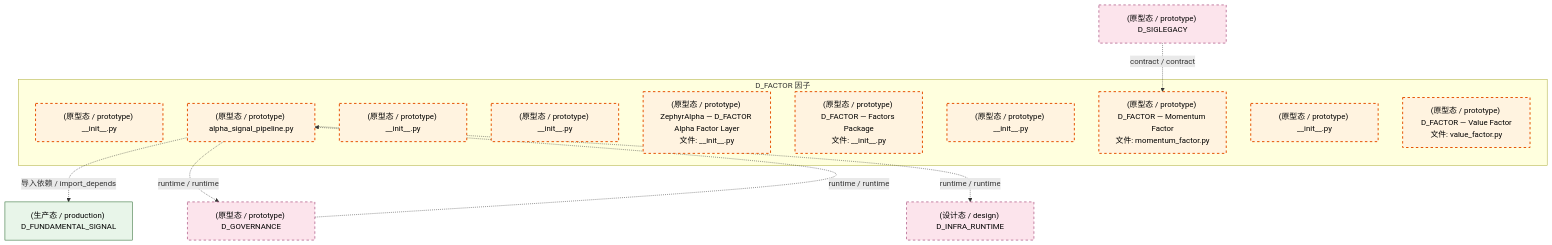
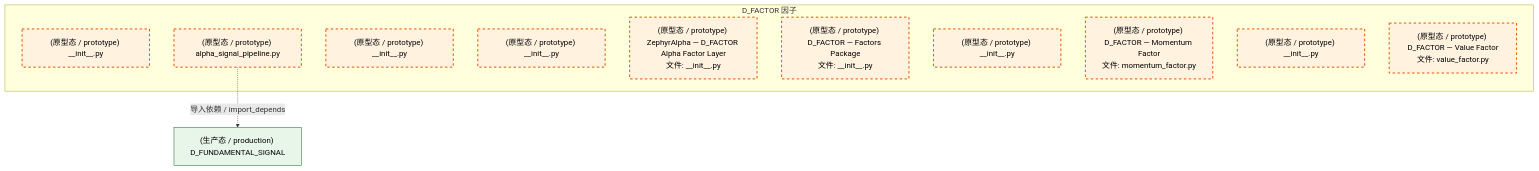
The third of 4 diagrams in docs/02_enterprise_architecture/02_domain_architecture_docs/36_d_factor.md (xuanFelixVan/ZephyrAlpha), drawn with Mermaid before and after one commit. The commit also changed other lines of this file and 126 other files, not shown here.

````diff
--- a/docs/02_enterprise_architecture/02_domain_architecture_docs/36_d_factor.md
+++ b/docs/02_enterprise_architecture/02_domain_architecture_docs/36_d_factor.md
@@ -159,31 +152,23 @@
 ```mermaid
 graph TD
     subgraph D_FACTOR["D_FACTOR 因子"]
         src_zephyr_factor_extensions_init_py["(原型态 / prototype) __init__.py"]
         src_zephyr_factor_alpha_signal_pipeline_py["(原型态 / prototype) alpha_signal_pipeline.py"]
         src_zephyr_factor_api_init_py["(原型态 / prototype) __init__.py"]
         src_zephyr_factor_core_init_py["(原型态 / prototype) __init__.py"]
         src_zephyr_factor_ctr_001_consumer_init_py["(原型态 / prototype) ZephyrAlpha — D_FACTOR Alpha Factor Layer<br/>文件: __init__.py"]
         src_zephyr_factor_engine_init_py["(原型态 / prototype) D_FACTOR — Factors Package<br/>文件: __init__.py"]
         src_zephyr_factor_infrastructure_init_py["(原型态 / prototype) __init__.py"]
         src_zephyr_factor_momentum_factor_py["(原型态 / prototype) D_FACTOR — Momentum Factor<br/>文件: momentum_factor.py"]
         src_zephyr_factor_services_init_py["(原型态 / prototype) __init__.py"]
         src_zephyr_factor_value_factor_py["(原型态 / prototype) D_FACTOR — Value Factor<br/>文件: value_factor.py"]
     end
     D_FUNDAMENTAL_SIGNAL["(生产态 / production) D_FUNDAMENTAL_SIGNAL"]
     src_zephyr_factor_alpha_signal_pipeline_py -.->|导入依赖 / import_depends| D_FUNDAMENTAL_SIGNAL
-    D_GOVERNANCE["(原型态 / prototype) D_GOVERNANCE"]
-    src_zephyr_factor_alpha_signal_pipeline_py -.->|runtime / runtime| D_GOVERNANCE
-    D_INFRA_RUNTIME["(设计态 / design) D_INFRA_RUNTIME"]
-    src_zephyr_factor_alpha_signal_pipeline_py -.->|runtime / runtime| D_INFRA_RUNTIME
-    D_GOVERNANCE -.->|runtime / runtime| src_zephyr_factor_alpha_signal_pipeline_py
-    D_SIGLEGACY["(原型态 / prototype) D_SIGLEGACY"]
-    D_SIGLEGACY -.->|contract / contract| src_zephyr_factor_momentum_factor_py
     classDef production fill:#e1f5fe,stroke:#01579b,stroke-width:2px,color:#000
     classDef design fill:#fff3e0,stroke:#e65100,stroke-width:2px,color:#000,stroke-dasharray: 5 5
     classDef external_prod fill:#e8f5e9,stroke:#1b5e20,stroke-width:1px,color:#000
     classDef external_design fill:#fce4ec,stroke:#880e4f,stroke-width:1px,color:#000,stroke-dasharray: 5 5
     class src_zephyr_factor_extensions_init_py,src_zephyr_factor_alpha_signal_pipeline_py,src_zephyr_factor_api_init_py,src_zephyr_factor_core_init_py,src_zephyr_factor_ctr_001_consumer_init_py,src_zephyr_factor_engine_init_py,src_zephyr_factor_infrastructure_init_py,src_zephyr_factor_momentum_factor_py,src_zephyr_factor_services_init_py,src_zephyr_factor_value_factor_py design
     class D_FUNDAMENTAL_SIGNAL external_prod
-    class D_GOVERNANCE,D_INFRA_RUNTIME,D_SIGLEGACY external_design
 ```
````
